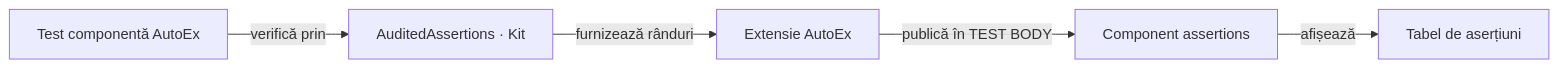
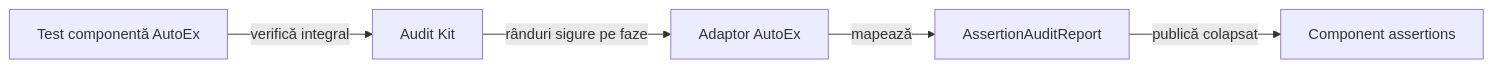
One commit to crististefanita/atf_j0 changed the sixth of 6 diagrams in atf-test-auto-ex/README.md. Above: the diagram before and after it, drawn with Mermaid. The commit also changed other lines of this file and 56 other files, not shown here.

````diff
--- a/atf-test-auto-ex/README.md
+++ b/atf-test-auto-ex/README.md
@@ -701,7 +731,7 @@
 ```mermaid
 flowchart LR
-    Test[Test componentă AutoEx] -->|verifică prin| Check[AuditedAssertions · Kit]
-    Check -->|furnizează rânduri| Adapter[Extensie AutoEx]
-    Adapter -->|publică în TEST BODY| Step[Component assertions]
-    Step -->|afișează| Table[Tabel de aserțiuni]
+    Test[Test componentă AutoEx] -->|verifică integral| Kit[Audit Kit]
+    Kit -->|rânduri sigure pe faze| Adapter[Adaptor AutoEx]
+    Adapter -->|mapează| Report[AssertionAuditReport]
+    Report -->|publică colapsat| Step[Component assertions]
 ```
````
